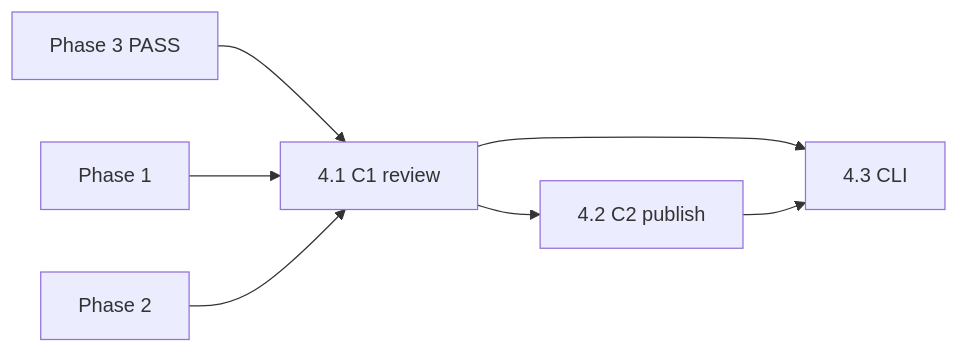
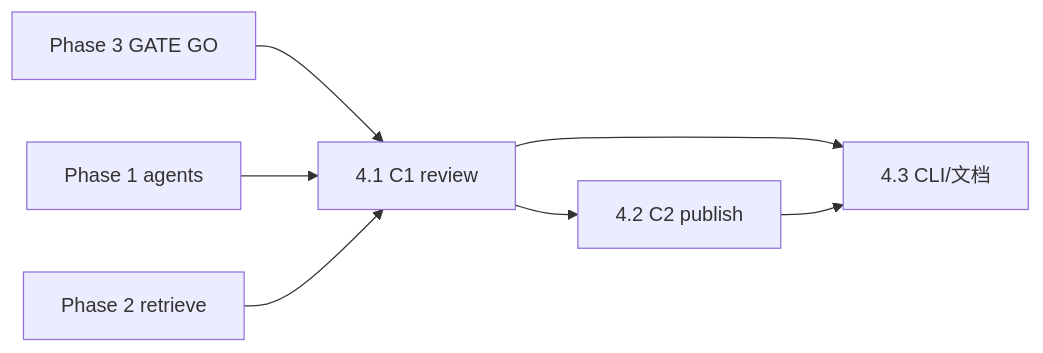
Before and after one commit to XYBuilds/themoviecosmos-daily-stargazing: the diagram in .cursor/plans/Phase4-copywriter-c1-c2.plan.md, drawn with Mermaid. The commit also changed other lines of this file and 3 other files, not shown here.

````diff
--- a/.cursor/plans/Phase4-copywriter-c1-c2.plan.md
+++ b/.cursor/plans/Phase4-copywriter-c1-c2.plan.md
@@ -25,16 +35,16 @@
 ```mermaid
 flowchart LR
-  P3["Phase 3 PASS"]
-  P1["Phase 1"]
-  P2["Phase 2"]
+  P3["Phase 3 GATE GO"]
+  P1["Phase 1 agents"]
+  P2["Phase 2 retrieve"]
   T41["4.1 C1 review"]
   T42["4.2 C2 publish"]
-  T43["4.3 CLI"]
+  T43["4.3 CLI/文档"]
 
   P3 --> T41
   P1 --> T41
   P2 --> T41
   T41 --> T42
   T41 --> T43
   T42 --> T43
 ```
````
